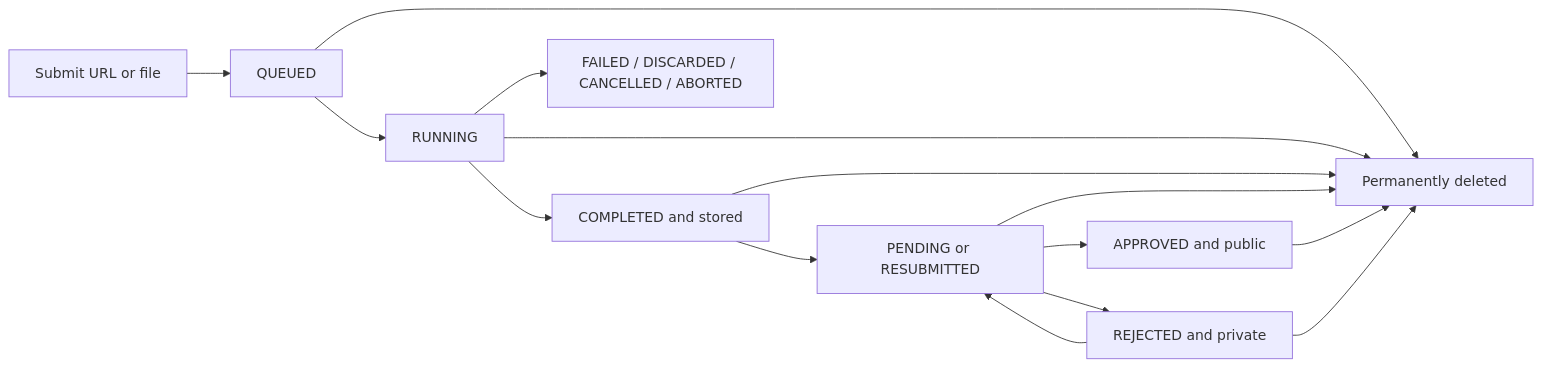
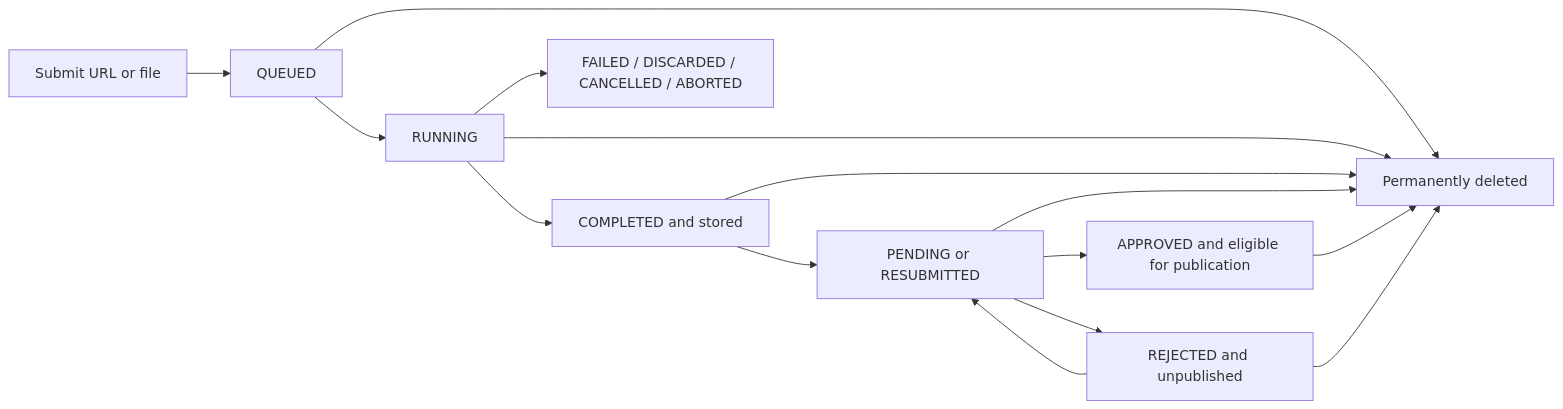
One commit to schmolldechse/archive changed the second of 2 diagrams in docs/architecture.md. Above: the diagram before and after it, drawn with Mermaid. The commit also changed other lines of this file and 46 other files, not shown here.

````diff
--- a/docs/architecture.md
+++ b/docs/architecture.md
@@ -83,17 +84,17 @@
 ```mermaid
 flowchart LR
     Submit[Submit URL or file] --> Queued[QUEUED]
     Queued --> Running[RUNNING]
     Running --> Stored[COMPLETED and stored]
     Running --> Terminal[FAILED / DISCARDED / CANCELLED / ABORTED]
     Stored --> Review[PENDING or RESUBMITTED]
-    Review --> Public[APPROVED and public]
-    Review --> Rejected[REJECTED and private]
+    Review --> Public[APPROVED and eligible for publication]
+    Review --> Rejected[REJECTED and unpublished]
     Rejected --> Review
     Queued --> Deleted[Permanently deleted]
     Running --> Deleted
     Stored --> Deleted
     Review --> Deleted
     Public --> Deleted
     Rejected --> Deleted
 ```
````
